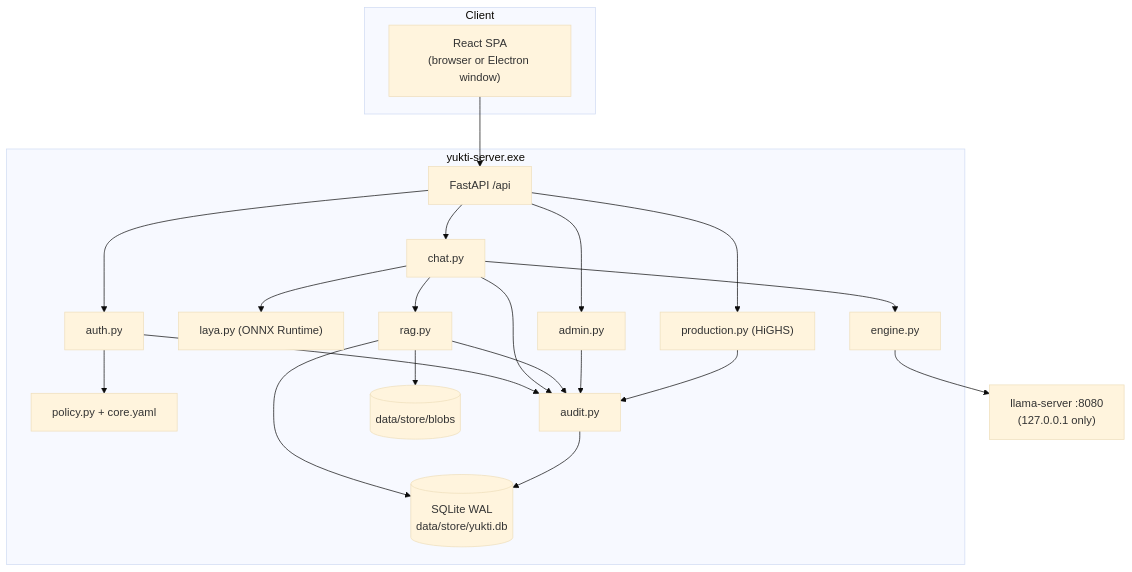
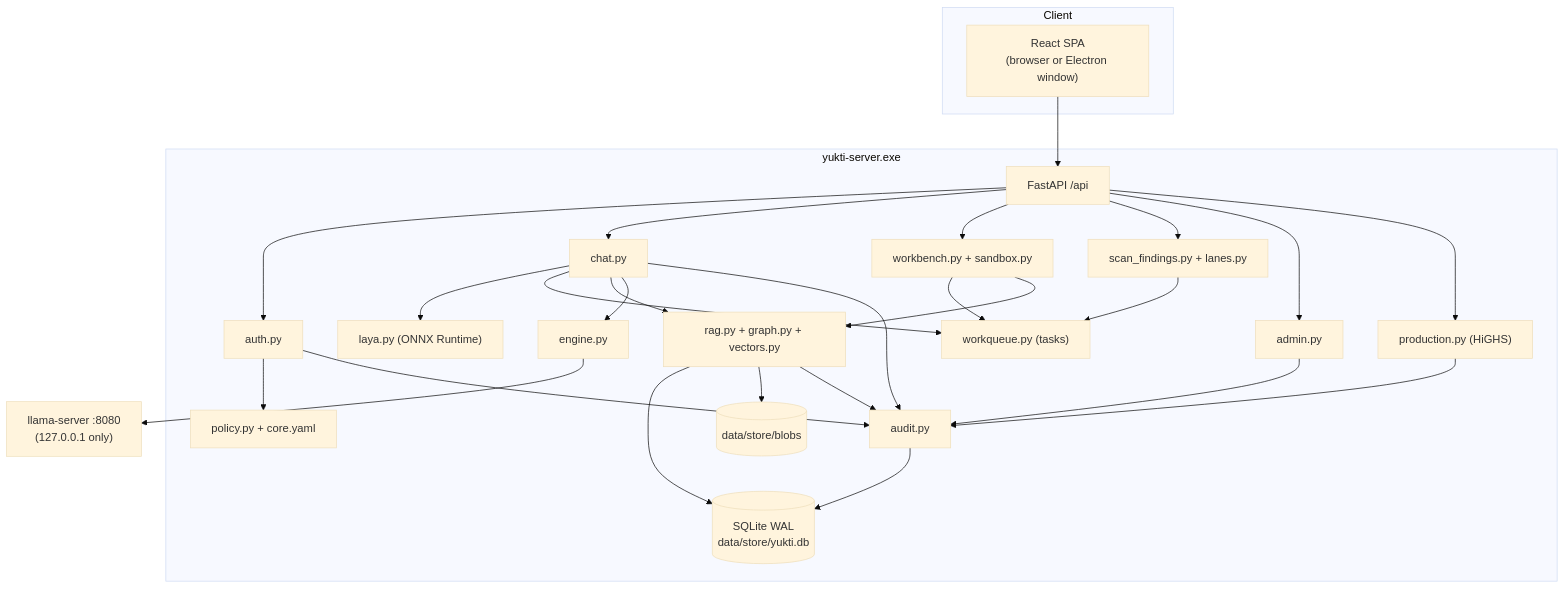
Before and after one commit to Juhilhere/Yukti: the first of 2 diagrams in docs/ARCHITECTURE.md, drawn with Mermaid (base theme). The commit also changed other lines of this file and 115 other files, not shown here.

````diff
--- a/docs/ARCHITECTURE.md
+++ b/docs/ARCHITECTURE.md
@@ -27,29 +32,36 @@
 ```mermaid
 flowchart TB
   subgraph Client
     UI["React SPA<br/>(browser or Electron window)"]
   end
   subgraph Server["yukti-server.exe"]
     API["FastAPI /api"]
     AUTH["auth.py"]
     PDP["policy.py + core.yaml"]
     CHAT["chat.py"]
     LAYA["laya.py (ONNX Runtime)"]
-    RAG["rag.py"]
+    WQ["workqueue.py (tasks)"]
+    WB["workbench.py + sandbox.py"]
+    SCAN["scan_findings.py + lanes.py"]
+    RAG["rag.py + graph.py + vectors.py"]
     ENG["engine.py"]
     ADM["admin.py"]
     PROD["production.py (HiGHS)"]
     AUD["audit.py"]
     DB[("SQLite WAL<br/>data/store/yukti.db")]
     BLOB[("data/store/blobs")]
   end
   LS["llama-server :8080<br/>(127.0.0.1 only)"]
   UI --> API --> AUTH --> PDP
   API --> CHAT --> LAYA
+  CHAT --> WQ
+  API --> WB --> WQ
+  API --> SCAN --> WQ
+  WB --> RAG
   CHAT --> RAG --> DB
   RAG --> BLOB
   CHAT --> ENG --> LS
   API --> ADM
   API --> PROD
   AUTH & CHAT & RAG & ADM & PROD --> AUD --> DB
 ```
````
